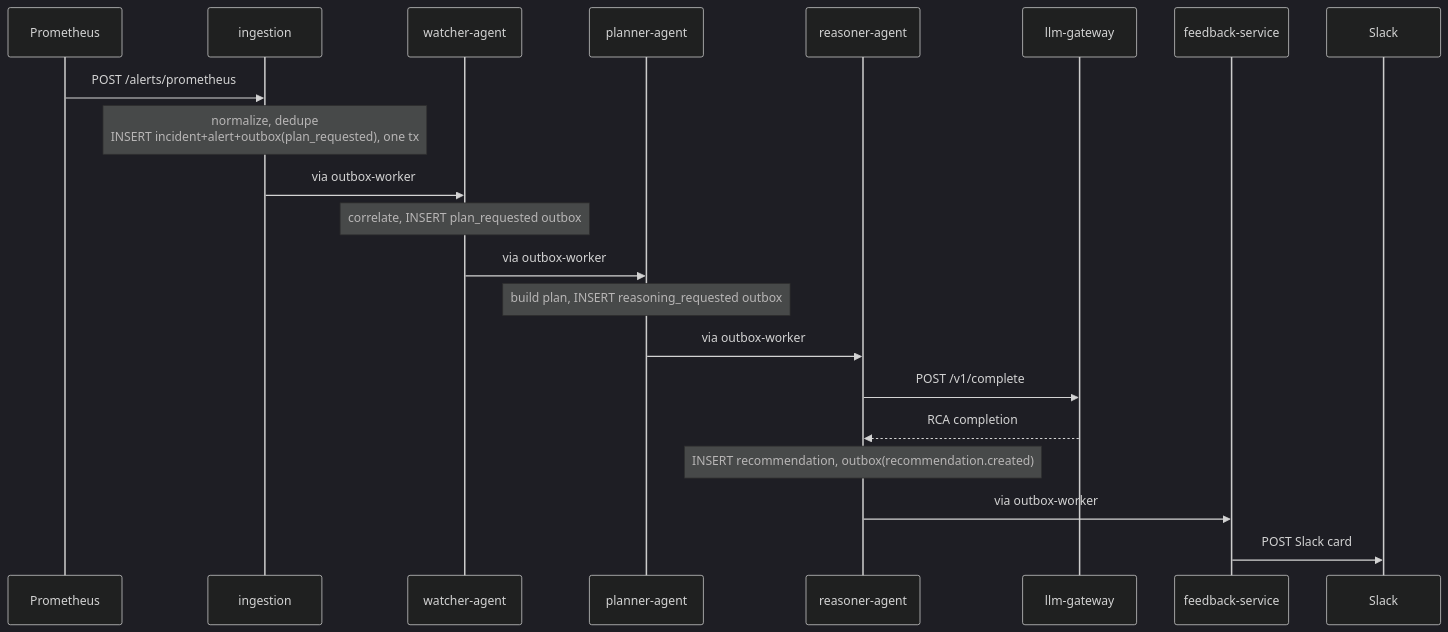
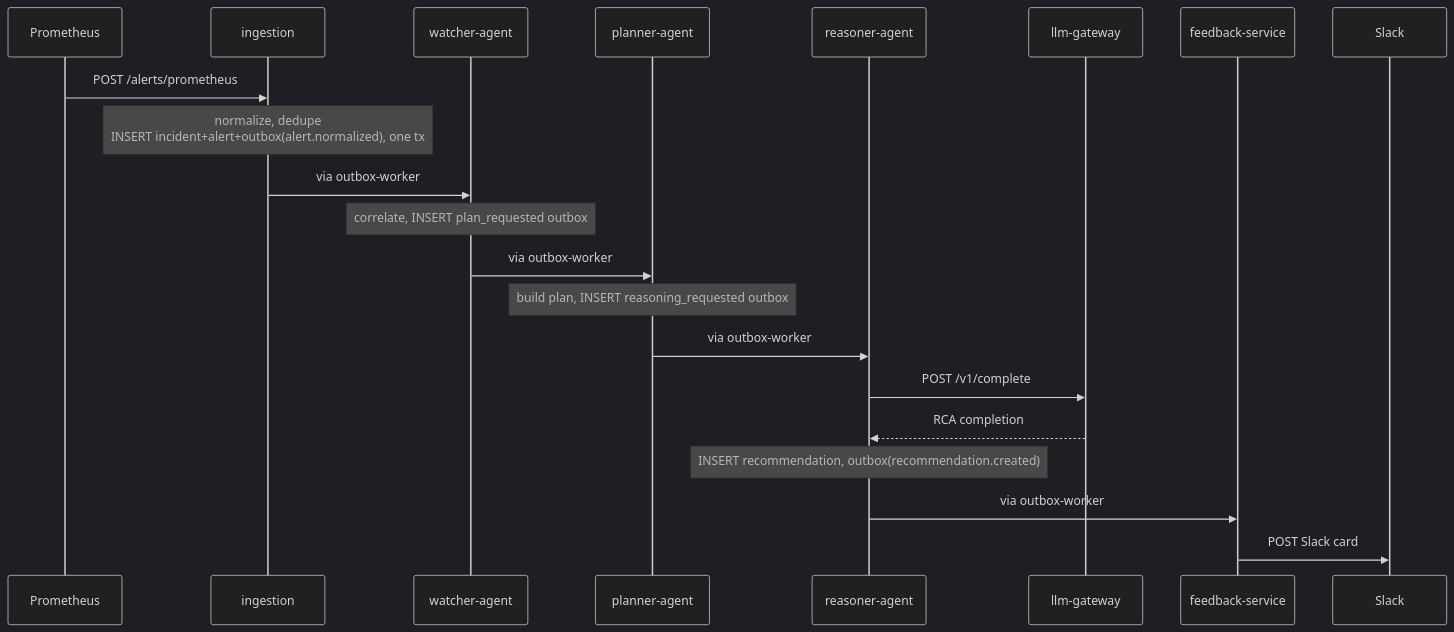
The first of 5 diagrams in docs/architecture/sequence-flows.md (k-kohli10/radar-system), drawn with Mermaid (dark theme) before and after one commit. The commit also changed other lines of this file, not shown here.

Commit message:
docs(architecture): add detailed pipeline sequence diagram

````diff
--- a/docs/architecture/sequence-flows.md
+++ b/docs/architecture/sequence-flows.md
@@ -5,24 +5,24 @@
 ```mermaid
 sequenceDiagram
     participant Prometheus
     participant ingestion
     participant watcher as watcher-agent
     participant planner as planner-agent
     participant reasoner as reasoner-agent
     participant llm as llm-gateway
     participant feedback as feedback-service
     participant Slack
 
     Prometheus->>ingestion: POST /alerts/prometheus
-    Note over ingestion: normalize, dedupe<br/>INSERT incident+alert+outbox(plan_requested), one tx
+    Note over ingestion: normalize, dedupe<br/>INSERT incident+alert+outbox(alert.normalized), one tx
     ingestion->>watcher: via outbox-worker
     Note over watcher: correlate, INSERT plan_requested outbox
     watcher->>planner: via outbox-worker
     Note over planner: build plan, INSERT reasoning_requested outbox
     planner->>reasoner: via outbox-worker
     reasoner->>llm: POST /v1/complete
     llm-->>reasoner: RCA completion
     Note over reasoner: INSERT recommendation, outbox(recommendation.created)
     reasoner->>feedback: via outbox-worker
     feedback->>Slack: POST Slack card
 ```
````
